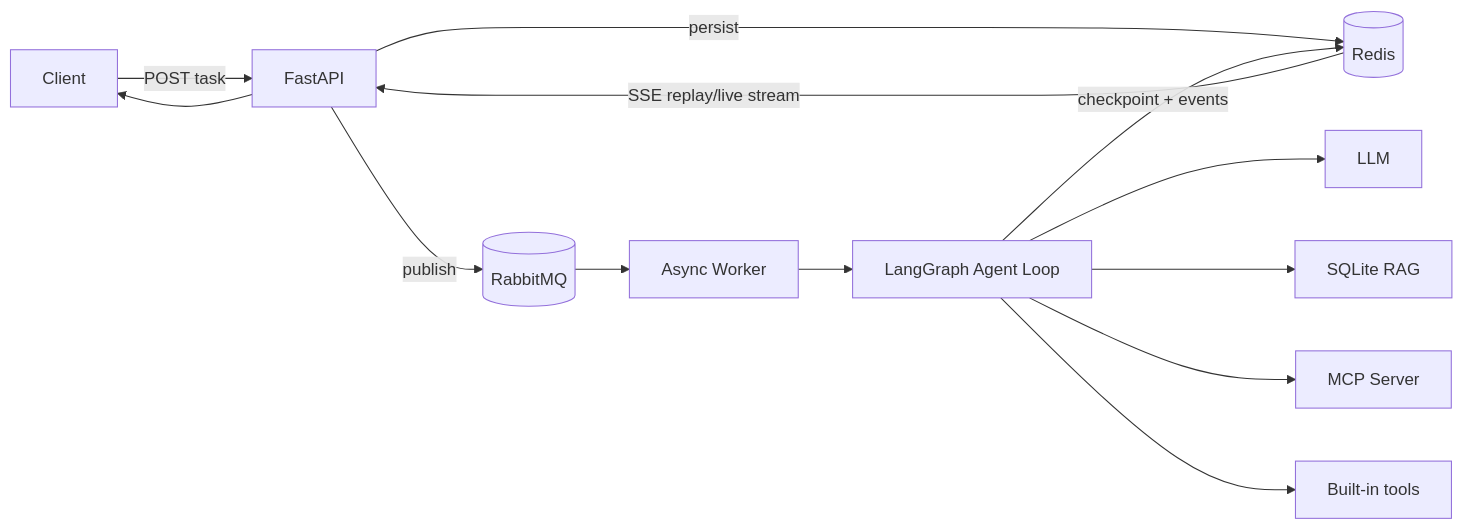
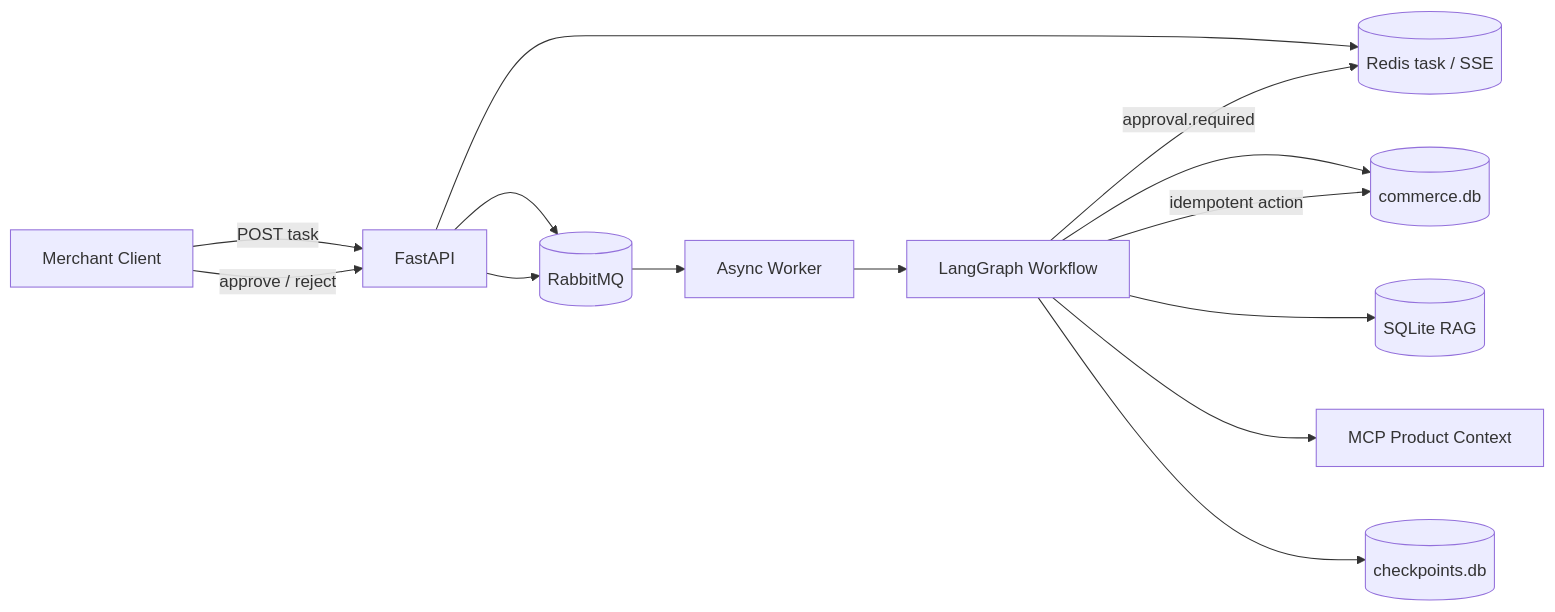
Before and after one commit to yao-zhi-yuan/E-commerce-agent: the diagram in README.md, drawn with Mermaid. The commit also changed other lines of this file and 38 other files, not shown here.

Commit message:
feat(commerce): add observable e-commerce diagnosis agent

````diff
--- a/README.md
+++ b/README.md
@@ -5,15 +7,16 @@
 ```mermaid
 flowchart LR
-    C[Client] -->|POST task| API[FastAPI]
-    API -->|persist| R[(Redis)]
-    API -->|publish| MQ[(RabbitMQ)]
+    C[Merchant Client] -->|POST task| API[FastAPI]
+    API --> R[(Redis task / SSE)]
+    API --> MQ[(RabbitMQ)]
     MQ --> W[Async Worker]
-    W --> G[LangGraph Agent Loop]
-    G --> L[LLM]
-    G --> K[SQLite RAG]
-    G --> M[MCP Server]
-    G --> T[Built-in tools]
-    G -->|checkpoint + events| R
-    R -->|SSE replay/live stream| API
-    API --> C
+    W --> G[LangGraph Workflow]
+    G --> D[(commerce.db)]
+    G --> K[(SQLite RAG)]
+    G --> M[MCP Product Context]
+    G --> CP[(checkpoints.db)]
+    G -->|approval.required| R
+    C -->|approve / reject| API
+    API --> MQ
+    G -->|idempotent action| D
 ```
````
